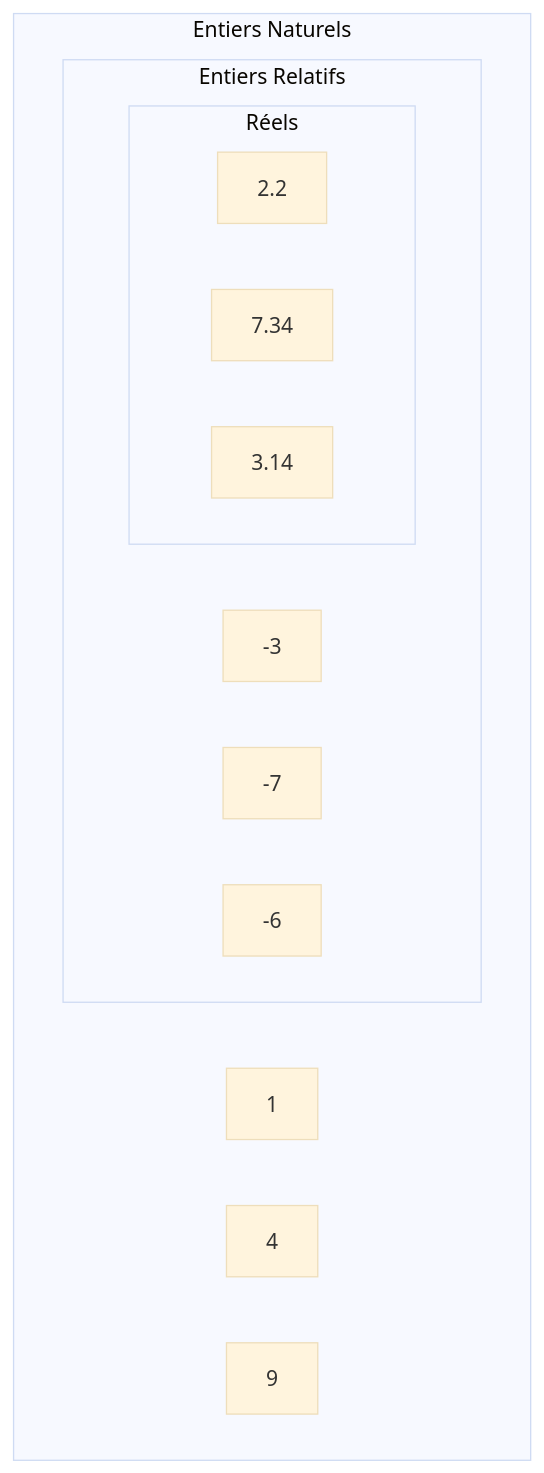
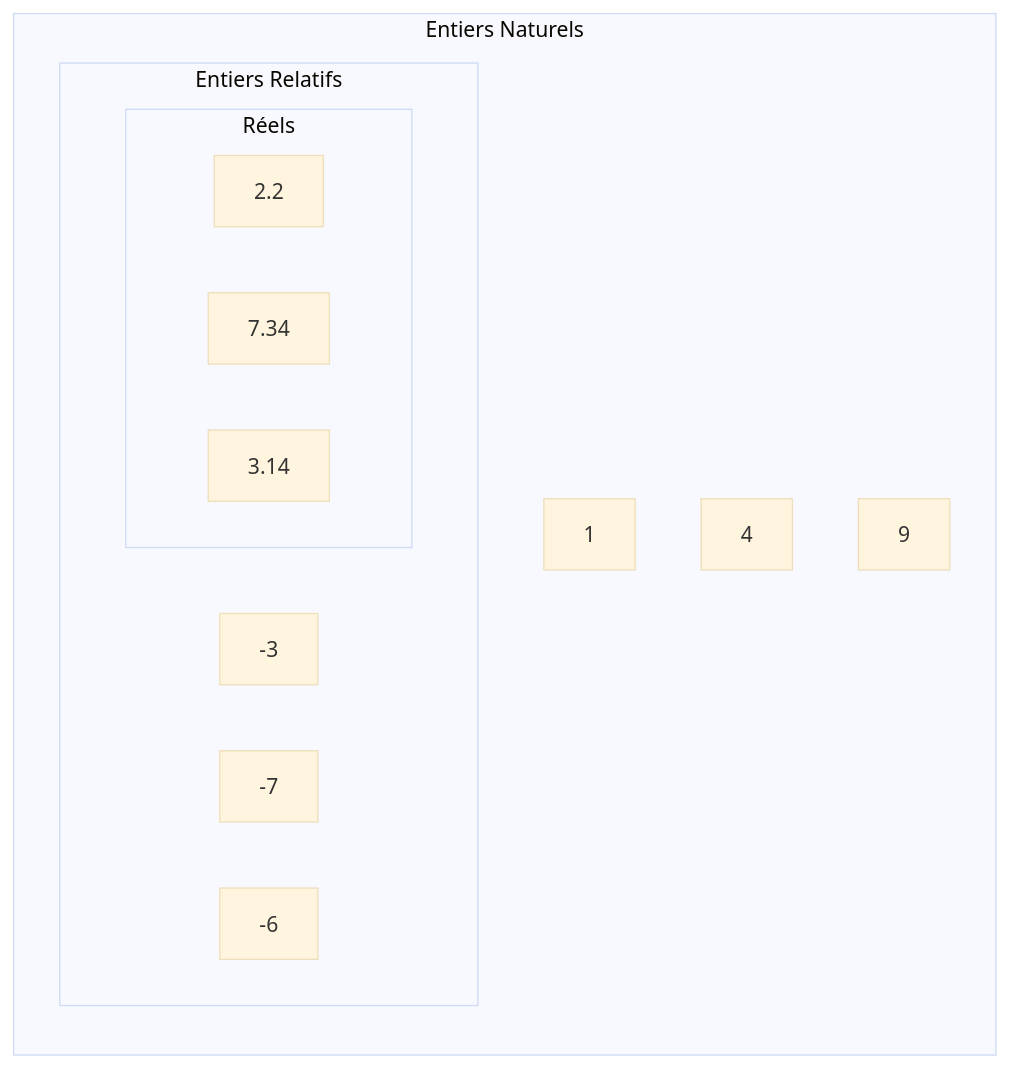
The diagram in première/Représentation_des_nombres_en_machine/Représentation_des_entiers_naturels.md (boddaert/nsi), drawn with Mermaid (base theme) before and after one commit. The commit also changed other lines of this file, not shown here.

````diff
--- a/première/Représentation_des_nombres_en_machine/Représentation_des_entiers_naturels.md
+++ b/première/Représentation_des_nombres_en_machine/Représentation_des_entiers_naturels.md
@@ -15,21 +15,18 @@
 ```mermaid
 flowchart LR
   subgraph Entiers Naturels
-    direction LR
     A[1]
     B[4]
     C[9]
     subgraph Entiers Relatifs
-        direction LR
         D[-3]
         E[-7]
         F[-6]
         subgraph Réels
-            direction LR
             G[2.2]
             H[7.34]
             I[3.14]
         end
     end
   end
 ```
````
